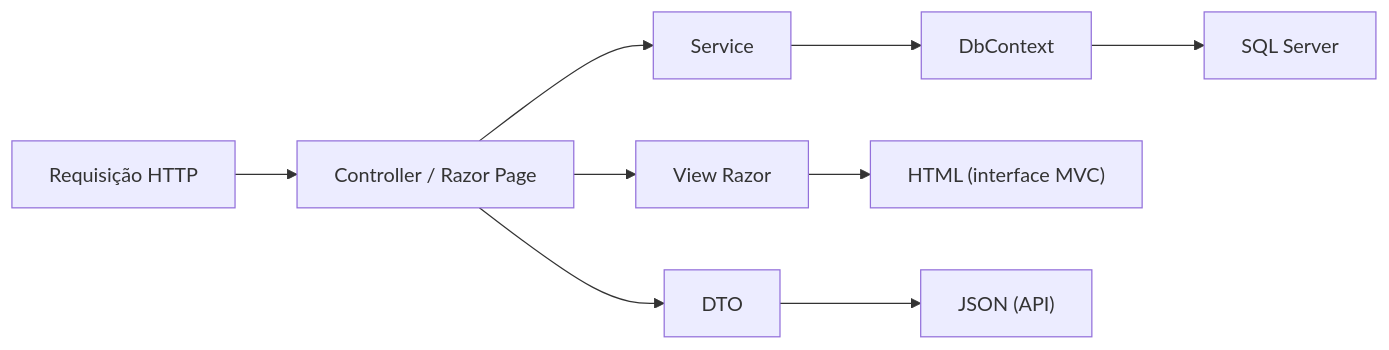
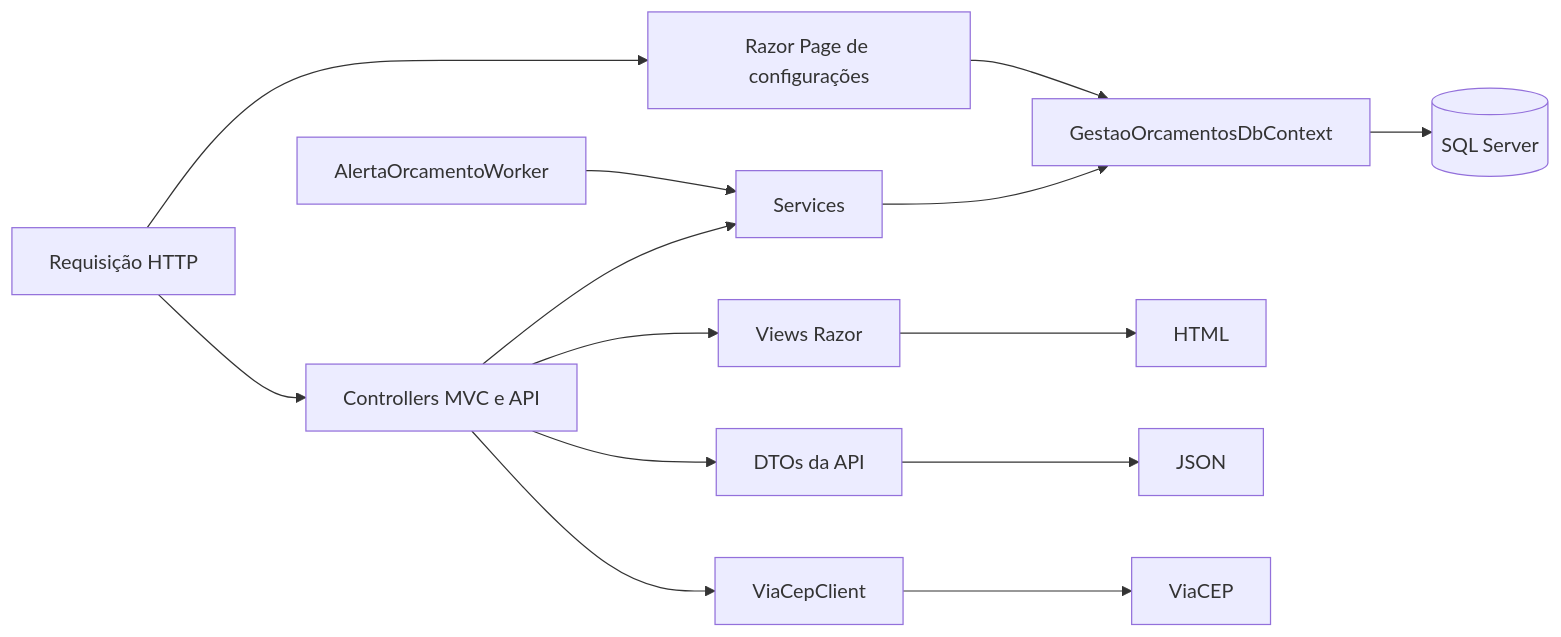
One commit to muriloai/gestao-orcamentos changed the diagram in README.md. Above: the diagram before and after it, drawn with Mermaid. The commit also changed other lines of this file, not shown here.

````diff
--- a/README.md
+++ b/README.md
@@ -30,13 +41,16 @@
 ```mermaid
 flowchart LR
-    A["Requisição HTTP"] --> B["Controller / Razor Page"]
-    B --> C["Service"]
-    C --> D["DbContext"]
-    D --> E["SQL Server"]
-
-    B --> F["View Razor"]
-    F --> G["HTML (interface MVC)"]
-
-    B --> H["DTO"]
-    H --> I["JSON (API)"]
+    A["Requisição HTTP"] --> B["Controllers MVC e API"]
+    A --> P["Razor Page de configurações"]
+    B --> C["Services"]
+    C --> D["GestaoOrcamentosDbContext"]
+    P --> D
+    D --> E[("SQL Server")]
+    B --> F["Views Razor"]
+    F --> G["HTML"]
+    B --> H["DTOs da API"]
+    H --> I["JSON"]
+    B --> J["ViaCepClient"]
+    J --> K["ViaCEP"]
+    L["AlertaOrcamentoWorker"] --> C
 ```
````
